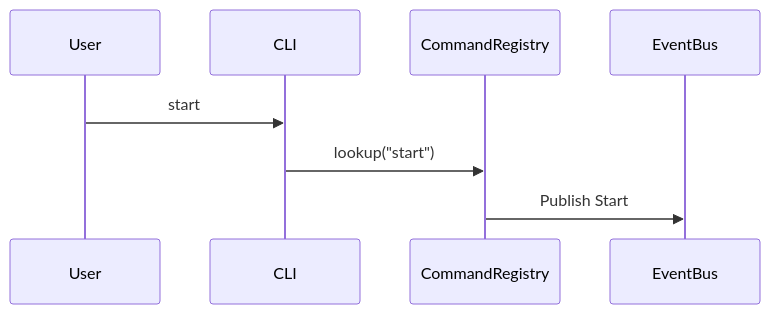
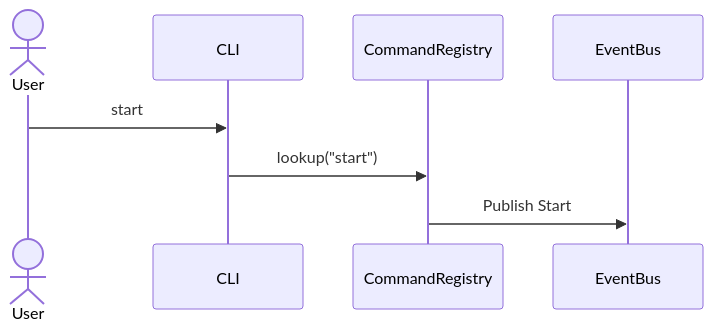
One commit to FelixHommel/FuelPulse changed the fifth of 5 diagrams in docs/architecture/Architecture.md. Above: the diagram before and after it, drawn with Mermaid. The commit also changed other lines of this file and 1 other file, not shown here.

Commit message:
docs: document FuelModule architecture

````diff
--- a/docs/architecture/Architecture.md
+++ b/docs/architecture/Architecture.md
@@ -174,11 +176,11 @@
 ```mermaid
 sequenceDiagram
-  participant User
+  actor User
   participant CLI
   participant CommandRegistry
   participant EventBus
 
   User ->> CLI: start
   CLI ->> CommandRegistry: lookup("start")
   CommandRegistry ->> EventBus: Publish Start
 ```
````
